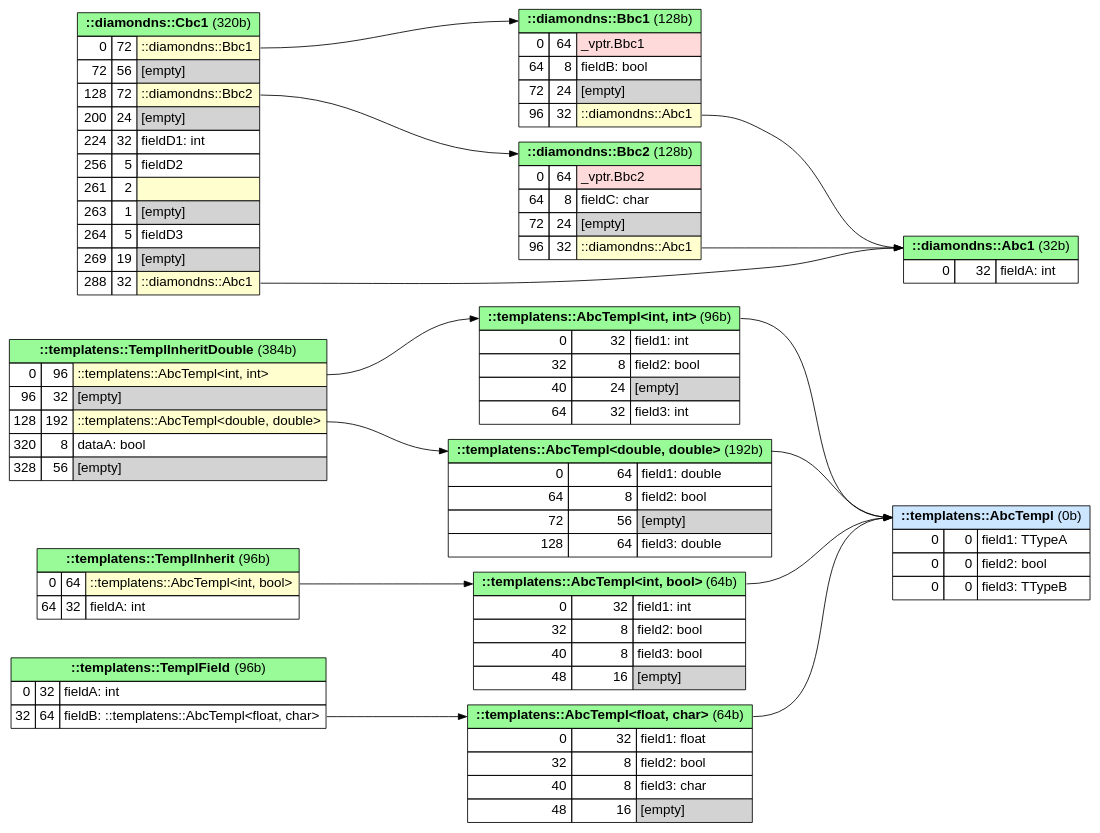
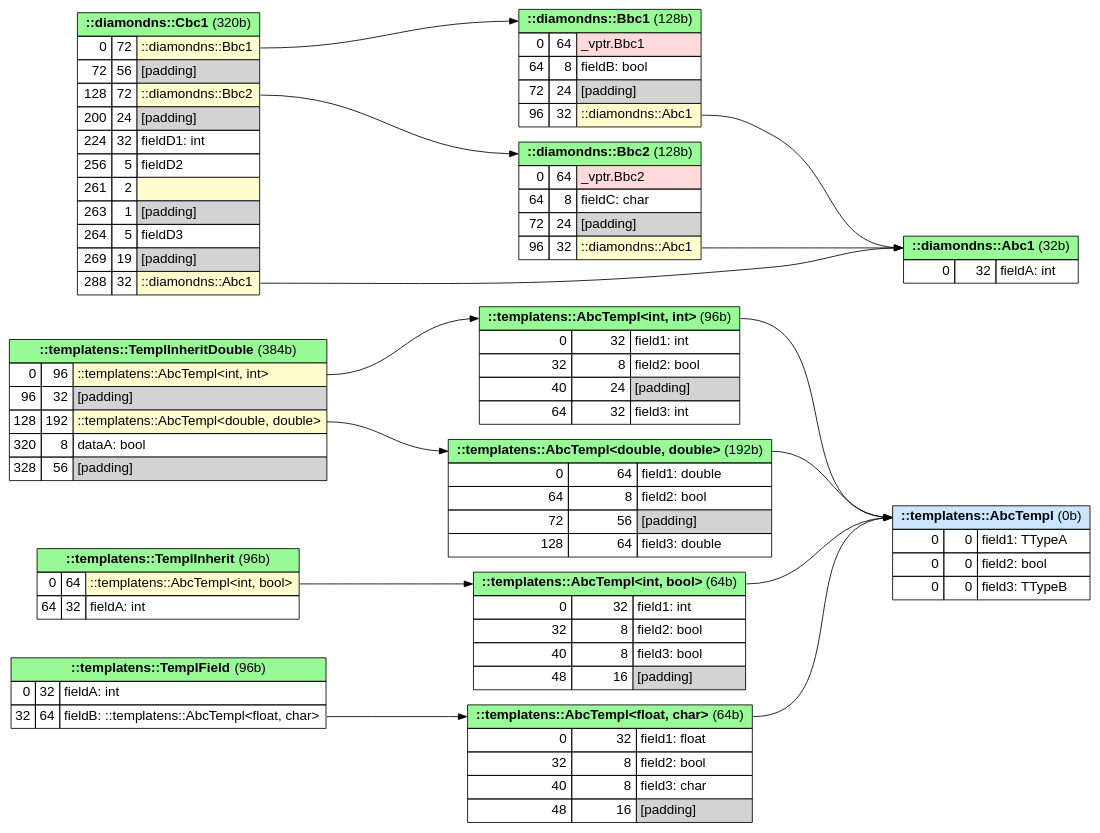
The diagram in examples/memlayout/mem_sample.cpp.dot (anetczuk/gcc-uml), drawn with Graphviz before and after one commit. The commit also changed 8 other files, not shown here.

```diff
--- a/examples/memlayout/mem_sample.cpp.dot
+++ b/examples/memlayout/mem_sample.cpp.dot
@@ -1,182 +1,182 @@
 digraph memory_layout {
 
 fontname="Helvetica,Arial,sans-serif"
 node [fontname="Helvetica,Arial,sans-serif"]
 edge [fontname="Helvetica,Arial,sans-serif"]
 
 graph [
     rankdir = "LR"
 ];
 node [
     fontsize = "16"
     shape = "record"
 ];
 
 ranksep = 2
 
 
 # items subgraph
 {
 
     "-templatens-TemplInheritDouble" [
         shape=plain
         label=
         <<table border="0" cellborder="1" cellspacing="0" cellpadding="4">
             <tr> <td colspan="3" bgcolor="PaleGreen" port='-1'> <b>::templatens::TemplInheritDouble</b>  (384b)</td> </tr>
             <tr> <td align="right" port='in_0'>0</td> <td align="right">96</td> <td align="left" bgcolor='#FEFECE' port='out_0'>::templatens::AbcTempl&lt;int, int&gt;</td> </tr>
-            <tr> <td align="right" port='in_1'>96</td> <td align="right">32</td> <td align="left" bgcolor='lightgray' port='out_1'>[empty]</td> </tr>
+            <tr> <td align="right" port='in_1'>96</td> <td align="right">32</td> <td align="left" bgcolor='lightgray' port='out_1'>[padding]</td> </tr>
             <tr> <td align="right" port='in_2'>128</td> <td align="right">192</td> <td align="left" bgcolor='#FEFECE' port='out_2'>::templatens::AbcTempl&lt;double, double&gt;</td> </tr>
             <tr> <td align="right" port='in_3'>320</td> <td align="right">8</td> <td align="left" port='out_3'>dataA: bool</td> </tr>
-            <tr> <td align="right" port='in_4'>328</td> <td align="right">56</td> <td align="left" bgcolor='lightgray' port='out_4'>[empty]</td> </tr>
+            <tr> <td align="right" port='in_4'>328</td> <td align="right">56</td> <td align="left" bgcolor='lightgray' port='out_4'>[padding]</td> </tr>
         </table>>
     ]
 
     "-templatens-TemplInherit" [
         shape=plain
         label=
         <<table border="0" cellborder="1" cellspacing="0" cellpadding="4">
             <tr> <td colspan="3" bgcolor="PaleGreen" port='-1'> <b>::templatens::TemplInherit</b>  (96b)</td> </tr>
             <tr> <td align="right" port='in_0'>0</td> <td align="right">64</td> <td align="left" bgcolor='#FEFECE' port='out_0'>::templatens::AbcTempl&lt;int, bool&gt;</td> </tr>
             <tr> <td align="right" port='in_1'>64</td> <td align="right">32</td> <td align="left" port='out_1'>fieldA: int</td> </tr>
         </table>>
     ]
 
     "-templatens-TemplField" [
         shape=plain
         label=
         <<table border="0" cellborder="1" cellspacing="0" cellpadding="4">
             <tr> <td colspan="3" bgcolor="PaleGreen" port='-1'> <b>::templatens::TemplField</b>  (96b)</td> </tr>
             <tr> <td align="right" port='in_0'>0</td> <td align="right">32</td> <td align="left" port='out_0'>fieldA: int</td> </tr>
             <tr> <td align="right" port='in_1'>32</td> <td align="right">64</td> <td align="left" port='out_1'>fieldB: ::templatens::AbcTempl&lt;float, char&gt;</td> </tr>
         </table>>
     ]
 
     "-templatens-AbcTempl" [
         shape=plain
         label=
         <<table border="0" cellborder="1" cellspacing="0" cellpadding="4">
             <tr> <td colspan="3" bgcolor="#cde6ff" port='-1'> <b>::templatens::AbcTempl</b>  (0b)</td> </tr>
             <tr> <td align="right" port='in_0'>0</td> <td align="right">0</td> <td align="left" port='out_0'>field1: TTypeA</td> </tr>
             <tr> <td align="right" port='in_1'>0</td> <td align="right">0</td> <td align="left" port='out_1'>field2: bool</td> </tr>
             <tr> <td align="right" port='in_2'>0</td> <td align="right">0</td> <td align="left" port='out_2'>field3: TTypeB</td> </tr>
         </table>>
     ]
 
     "-templatens-AbcTempl&lt;double, double&gt;" [
         shape=plain
         label=
         <<table border="0" cellborder="1" cellspacing="0" cellpadding="4">
             <tr> <td colspan="3" bgcolor="PaleGreen" port='-1'> <b>::templatens::AbcTempl&lt;double, double&gt;</b>  (192b)</td> </tr>
             <tr> <td align="right" port='in_0'>0</td> <td align="right">64</td> <td align="left" port='out_0'>field1: double</td> </tr>
             <tr> <td align="right" port='in_1'>64</td> <td align="right">8</td> <td align="left" port='out_1'>field2: bool</td> </tr>
-            <tr> <td align="right" port='in_2'>72</td> <td align="right">56</td> <td align="left" bgcolor='lightgray' port='out_2'>[empty]</td> </tr>
+            <tr> <td align="right" port='in_2'>72</td> <td align="right">56</td> <td align="left" bgcolor='lightgray' port='out_2'>[padding]</td> </tr>
             <tr> <td align="right" port='in_3'>128</td> <td align="right">64</td> <td align="left" port='out_3'>field3: double</td> </tr>
         </table>>
     ]
 
     "-templatens-AbcTempl&lt;int, int&gt;" [
         shape=plain
         label=
         <<table border="0" cellborder="1" cellspacing="0" cellpadding="4">
             <tr> <td colspan="3" bgcolor="PaleGreen" port='-1'> <b>::templatens::AbcTempl&lt;int, int&gt;</b>  (96b)</td> </tr>
             <tr> <td align="right" port='in_0'>0</td> <td align="right">32</td> <td align="left" port='out_0'>field1: int</td> </tr>
             <tr> <td align="right" port='in_1'>32</td> <td align="right">8</td> <td align="left" port='out_1'>field2: bool</td> </tr>
-            <tr> <td align="right" port='in_2'>40</td> <td align="right">24</td> <td align="left" bgcolor='lightgray' port='out_2'>[empty]</td> </tr>
+            <tr> <td align="right" port='in_2'>40</td> <td align="right">24</td> <td align="left" bgcolor='lightgray' port='out_2'>[padding]</td> </tr>
             <tr> <td align="right" port='in_3'>64</td> <td align="right">32</td> <td align="left" port='out_3'>field3: int</td> </tr>
         </table>>
     ]
 
     "-templatens-AbcTempl&lt;int, bool&gt;" [
         shape=plain
         label=
         <<table border="0" cellborder="1" cellspacing="0" cellpadding="4">
             <tr> <td colspan="3" bgcolor="PaleGreen" port='-1'> <b>::templatens::AbcTempl&lt;int, bool&gt;</b>  (64b)</td> </tr>
             <tr> <td align="right" port='in_0'>0</td> <td align="right">32</td> <td align="left" port='out_0'>field1: int</td> </tr>
             <tr> <td align="right" port='in_1'>32</td> <td align="right">8</td> <td align="left" port='out_1'>field2: bool</td> </tr>
             <tr> <td align="right" port='in_2'>40</td> <td align="right">8</td> <td align="left" port='out_2'>field3: bool</td> </tr>
-            <tr> <td align="right" port='in_3'>48</td> <td align="right">16</td> <td align="left" bgcolor='lightgray' port='out_3'>[empty]</td> </tr>
+            <tr> <td align="right" port='in_3'>48</td> <td align="right">16</td> <td align="left" bgcolor='lightgray' port='out_3'>[padding]</td> </tr>
         </table>>
     ]
 
     "-templatens-AbcTempl&lt;float, char&gt;" [
         shape=plain
         label=
         <<table border="0" cellborder="1" cellspacing="0" cellpadding="4">
             <tr> <td colspan="3" bgcolor="PaleGreen" port='-1'> <b>::templatens::AbcTempl&lt;float, char&gt;</b>  (64b)</td> </tr>
             <tr> <td align="right" port='in_0'>0</td> <td align="right">32</td> <td align="left" port='out_0'>field1: float</td> </tr>
             <tr> <td align="right" port='in_1'>32</td> <td align="right">8</td> <td align="left" port='out_1'>field2: bool</td> </tr>
             <tr> <td align="right" port='in_2'>40</td> <td align="right">8</td> <td align="left" port='out_2'>field3: char</td> </tr>
-            <tr> <td align="right" port='in_3'>48</td> <td align="right">16</td> <td align="left" bgcolor='lightgray' port='out_3'>[empty]</td> </tr>
+            <tr> <td align="right" port='in_3'>48</td> <td align="right">16</td> <td align="left" bgcolor='lightgray' port='out_3'>[padding]</td> </tr>
         </table>>
     ]
 
     "-diamondns-Cbc1" [
         shape=plain
         label=
         <<table border="0" cellborder="1" cellspacing="0" cellpadding="4">
             <tr> <td colspan="3" bgcolor="PaleGreen" port='-1'> <b>::diamondns::Cbc1</b>  (320b)</td> </tr>
             <tr> <td align="right" port='in_0'>0</td> <td align="right">72</td> <td align="left" bgcolor='#FEFECE' port='out_0'>::diamondns::Bbc1</td> </tr>
-            <tr> <td align="right" port='in_1'>72</td> <td align="right">56</td> <td align="left" bgcolor='lightgray' port='out_1'>[empty]</td> </tr>
+            <tr> <td align="right" port='in_1'>72</td> <td align="right">56</td> <td align="left" bgcolor='lightgray' port='out_1'>[padding]</td> </tr>
             <tr> <td align="right" port='in_2'>128</td> <td align="right">72</td> <td align="left" bgcolor='#FEFECE' port='out_2'>::diamondns::Bbc2</td> </tr>
-            <tr> <td align="right" port='in_3'>200</td> <td align="right">24</td> <td align="left" bgcolor='lightgray' port='out_3'>[empty]</td> </tr>
+            <tr> <td align="right" port='in_3'>200</td> <td align="right">24</td> <td align="left" bgcolor='lightgray' port='out_3'>[padding]</td> </tr>
             <tr> <td align="right" port='in_4'>224</td> <td align="right">32</td> <td align="left" port='out_4'>fieldD1: int</td> </tr>
             <tr> <td align="right" port='in_5'>256</td> <td align="right">5</td> <td align="left" port='out_5'>fieldD2</td> </tr>
             <tr> <td align="right" port='in_6'>261</td> <td align="right">2</td> <td align="left" bgcolor='#FEFECE' port='out_6'></td> </tr>
-            <tr> <td align="right" port='in_7'>263</td> <td align="right">1</td> <td align="left" bgcolor='lightgray' port='out_7'>[empty]</td> </tr>
+            <tr> <td align="right" port='in_7'>263</td> <td align="right">1</td> <td align="left" bgcolor='lightgray' port='out_7'>[padding]</td> </tr>
             <tr> <td align="right" port='in_8'>264</td> <td align="right">5</td> <td align="left" port='out_8'>fieldD3</td> </tr>
-            <tr> <td align="right" port='in_9'>269</td> <td align="right">19</td> <td align="left" bgcolor='lightgray' port='out_9'>[empty]</td> </tr>
+            <tr> <td align="right" port='in_9'>269</td> <td align="right">19</td> <td align="left" bgcolor='lightgray' port='out_9'>[padding]</td> </tr>
             <tr> <td align="right" port='in_10'>288</td> <td align="right">32</td> <td align="left" bgcolor='#FEFECE' port='out_10'>::diamondns::Abc1</td> </tr>
         </table>>
     ]
 
     "-diamondns-Bbc2" [
         shape=plain
         label=
         <<table border="0" cellborder="1" cellspacing="0" cellpadding="4">
             <tr> <td colspan="3" bgcolor="PaleGreen" port='-1'> <b>::diamondns::Bbc2</b>  (128b)</td> </tr>
             <tr> <td align="right" port='in_0'>0</td> <td align="right">64</td> <td align="left" bgcolor='#ffdada' port='out_0'>_vptr.Bbc2</td> </tr>
             <tr> <td align="right" port='in_1'>64</td> <td align="right">8</td> <td align="left" port='out_1'>fieldC: char</td> </tr>
-            <tr> <td align="right" port='in_2'>72</td> <td align="right">24</td> <td align="left" bgcolor='lightgray' port='out_2'>[empty]</td> </tr>
+            <tr> <td align="right" port='in_2'>72</td> <td align="right">24</td> <td align="left" bgcolor='lightgray' port='out_2'>[padding]</td> </tr>
             <tr> <td align="right" port='in_3'>96</td> <td align="right">32</td> <td align="left" bgcolor='#FEFECE' port='out_3'>::diamondns::Abc1</td> </tr>
         </table>>
     ]
 
     "-diamondns-Bbc1" [
         shape=plain
         label=
         <<table border="0" cellborder="1" cellspacing="0" cellpadding="4">
             <tr> <td colspan="3" bgcolor="PaleGreen" port='-1'> <b>::diamondns::Bbc1</b>  (128b)</td> </tr>
             <tr> <td align="right" port='in_0'>0</td> <td align="right">64</td> <td align="left" bgcolor='#ffdada' port='out_0'>_vptr.Bbc1</td> </tr>
             <tr> <td align="right" port='in_1'>64</td> <td align="right">8</td> <td align="left" port='out_1'>fieldB: bool</td> </tr>
-            <tr> <td align="right" port='in_2'>72</td> <td align="right">24</td> <td align="left" bgcolor='lightgray' port='out_2'>[empty]</td> </tr>
+            <tr> <td align="right" port='in_2'>72</td> <td align="right">24</td> <td align="left" bgcolor='lightgray' port='out_2'>[padding]</td> </tr>
             <tr> <td align="right" port='in_3'>96</td> <td align="right">32</td> <td align="left" bgcolor='#FEFECE' port='out_3'>::diamondns::Abc1</td> </tr>
         </table>>
     ]
 
     "-diamondns-Abc1" [
         shape=plain
         label=
         <<table border="0" cellborder="1" cellspacing="0" cellpadding="4">
             <tr> <td colspan="3" bgcolor="PaleGreen" port='-1'> <b>::diamondns::Abc1</b>  (32b)</td> </tr>
             <tr> <td align="right" port='in_0'>0</td> <td align="right">32</td> <td align="left" port='out_0'>fieldA: int</td> </tr>
         </table>>
     ]
 
 
     "-templatens-TemplInheritDouble":"out_0" -> "-templatens-AbcTempl&lt;int, int&gt;":"-1"
     "-templatens-TemplInheritDouble":"out_2" -> "-templatens-AbcTempl&lt;double, double&gt;":"-1"
     "-templatens-TemplInherit":"out_0" -> "-templatens-AbcTempl&lt;int, bool&gt;":"-1"
     "-templatens-TemplField":"out_1" -> "-templatens-AbcTempl&lt;float, char&gt;":"-1"
     "-templatens-AbcTempl&lt;double, double&gt;":"-1" -> "-templatens-AbcTempl":"-1"
     "-templatens-AbcTempl&lt;int, int&gt;":"-1" -> "-templatens-AbcTempl":"-1"
     "-templatens-AbcTempl&lt;int, bool&gt;":"-1" -> "-templatens-AbcTempl":"-1"
     "-templatens-AbcTempl&lt;float, char&gt;":"-1" -> "-templatens-AbcTempl":"-1"
     "-diamondns-Cbc1":"out_0" -> "-diamondns-Bbc1":"-1"
     "-diamondns-Cbc1":"out_2" -> "-diamondns-Bbc2":"-1"
     "-diamondns-Cbc1":"out_10" -> "-diamondns-Abc1":"-1"
     "-diamondns-Bbc2":"out_3" -> "-diamondns-Abc1":"-1"
     "-diamondns-Bbc1":"out_3" -> "-diamondns-Abc1":"-1"
 
 }  # end of items subgraph
 
 }  # end of graph
```
